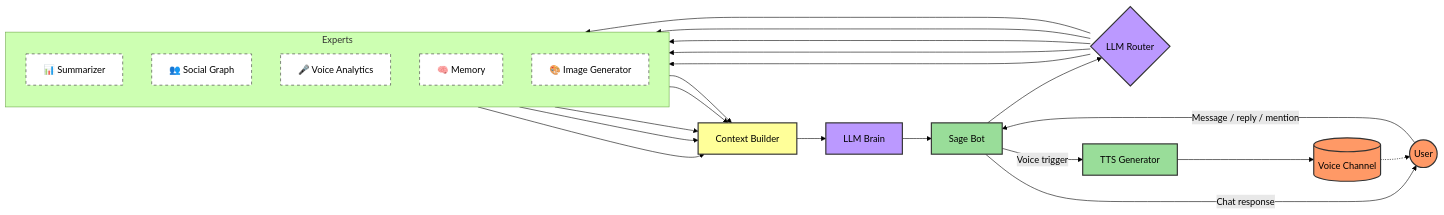
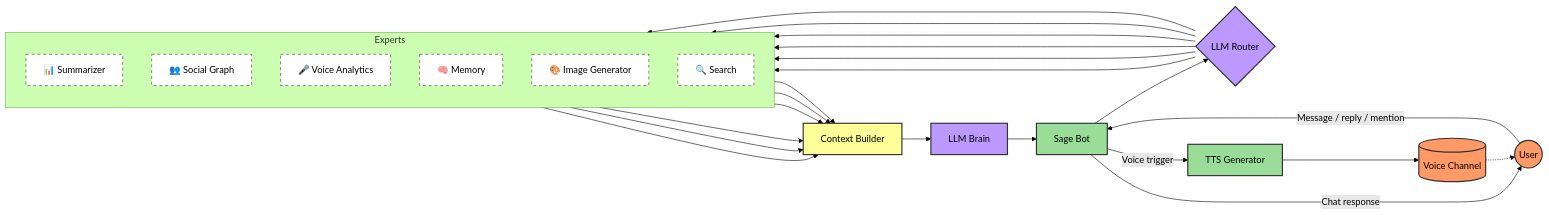
Before and after one commit to BokX1/Sage: the diagram in README.md, drawn with Mermaid (forest theme). The commit also changed other lines of this file and 7 other files, not shown here.

````diff
--- a/README.md
+++ b/README.md
@@ -58,40 +58,43 @@
 ```mermaid
 flowchart LR
     %% Keep the diagram left-to-right to reduce vertical scroll on GitHub.
     classDef user fill:#f96,stroke:#333,stroke-width:2px,color:black
     classDef bot fill:#9d9,stroke:#333,stroke-width:2px,color:black
     classDef router fill:#b9f,stroke:#333,stroke-width:2px,color:black
     classDef expert fill:#fff,stroke:#333,stroke-width:1px,stroke-dasharray: 5 5,color:black
     classDef context fill:#ff9,stroke:#333,stroke-width:2px,color:black
 
     U((User)):::user -->|"Message / reply / mention"| B[Sage Bot]:::bot
     B --> R{LLM Router}:::router
 
     subgraph Experts
         direction TB
         S[📊 Summarizer]:::expert
         G[👥 Social Graph]:::expert
         V[🎤 Voice Analytics]:::expert
         M[🧠 Memory]:::expert
         I[🎨 Image Generator]:::expert
+        SR[🔍 Search]:::expert
     end
 
     R --> S
     R --> G
     R --> V
     R --> M
 
 
     R --> I
+    R --> SR
     S --> C[Context Builder]:::context
     G --> C
     V --> C
     M --> C
 
     I --> C
+    SR --> C
     C --> L[LLM Brain]:::router --> B
     B -->|"Chat response"| U
 
     B -->|"Voice trigger"| T[TTS Generator]:::bot --> VC[(Voice Channel)]:::user
     VC -.-> U
 ```
````
